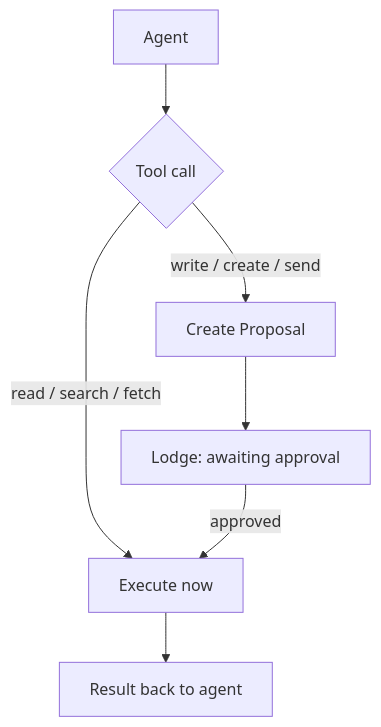
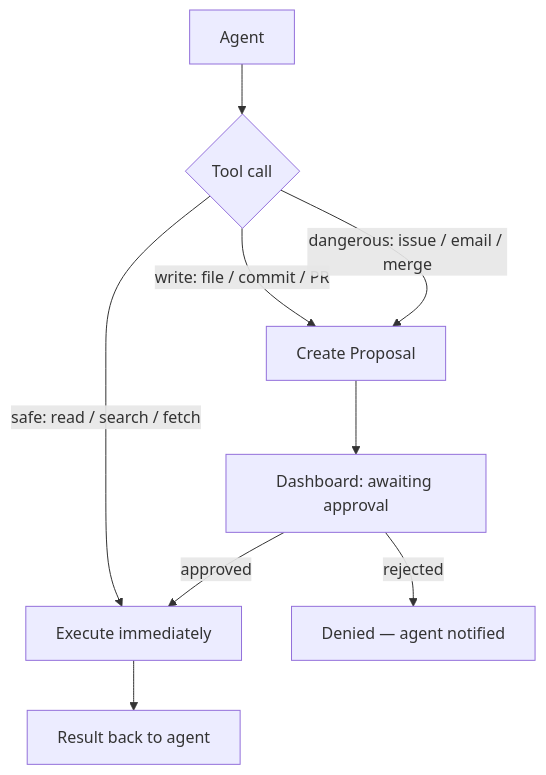
One commit to lessthanseventy/ex_cortex changed the second of 3 diagrams in README.md. Above: the diagram before and after it, drawn with Mermaid. The commit also changed other lines of this file, not shown here.

````diff
--- a/README.md
+++ b/README.md
@@ -85,9 +237,11 @@
 ```mermaid
 flowchart TD
-    Agent[Agent] --> ToolCall{Tool call}
-    ToolCall -- read / search / fetch --> Exec[Execute now]
-    ToolCall -- write / create / send --> Proposal[Create Proposal]
-    Exec --> Result[Result back to agent]
-    Proposal --> Lodge2[Lodge: awaiting approval]
-    Lodge2 -- approved --> Exec
+    Agent["Agent"] --> ToolCall{"Tool call"}
+    ToolCall -- "safe: read / search / fetch" --> Exec["Execute immediately"]
+    ToolCall -- "write: file / commit / PR" --> Proposal["Create Proposal"]
+    ToolCall -- "dangerous: issue / email / merge" --> Proposal
+    Exec --> Result["Result back to agent"]
+    Proposal --> Dashboard["Dashboard: awaiting approval"]
+    Dashboard -- "approved" --> Exec
+    Dashboard -- "rejected" --> Denied["Denied — agent notified"]
 ```
````
